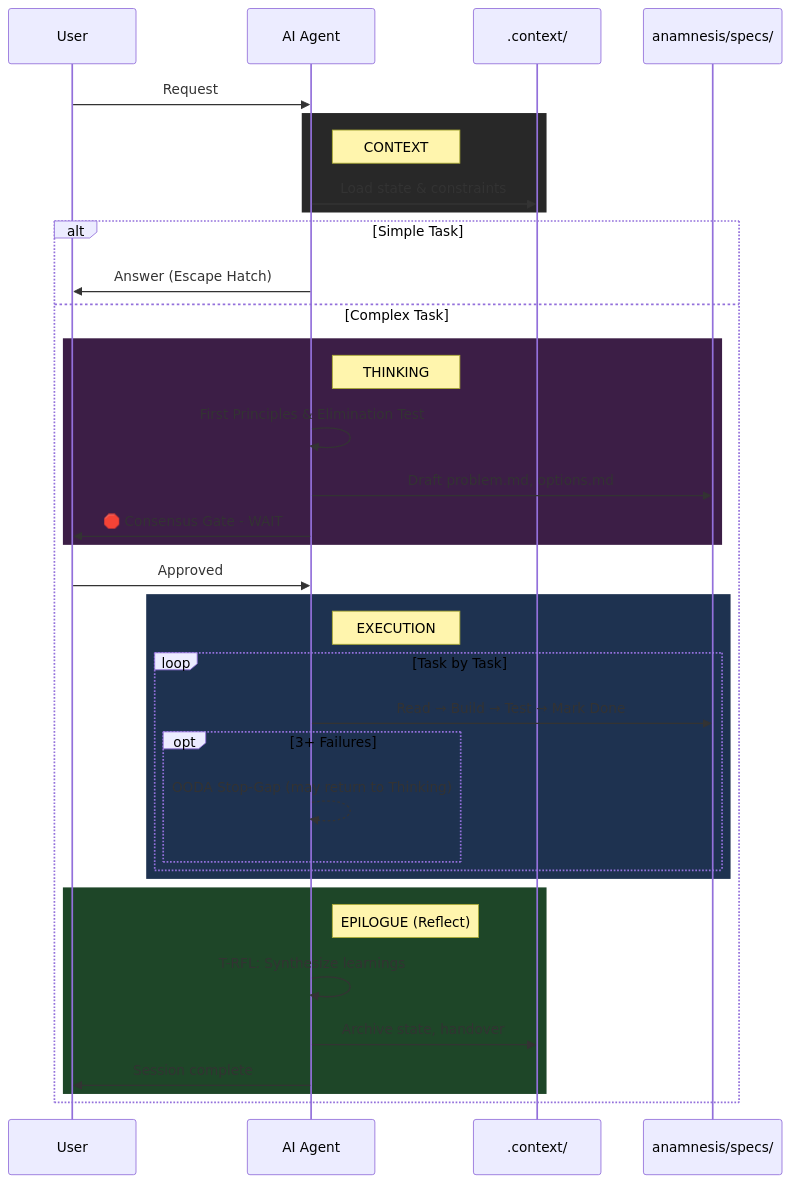
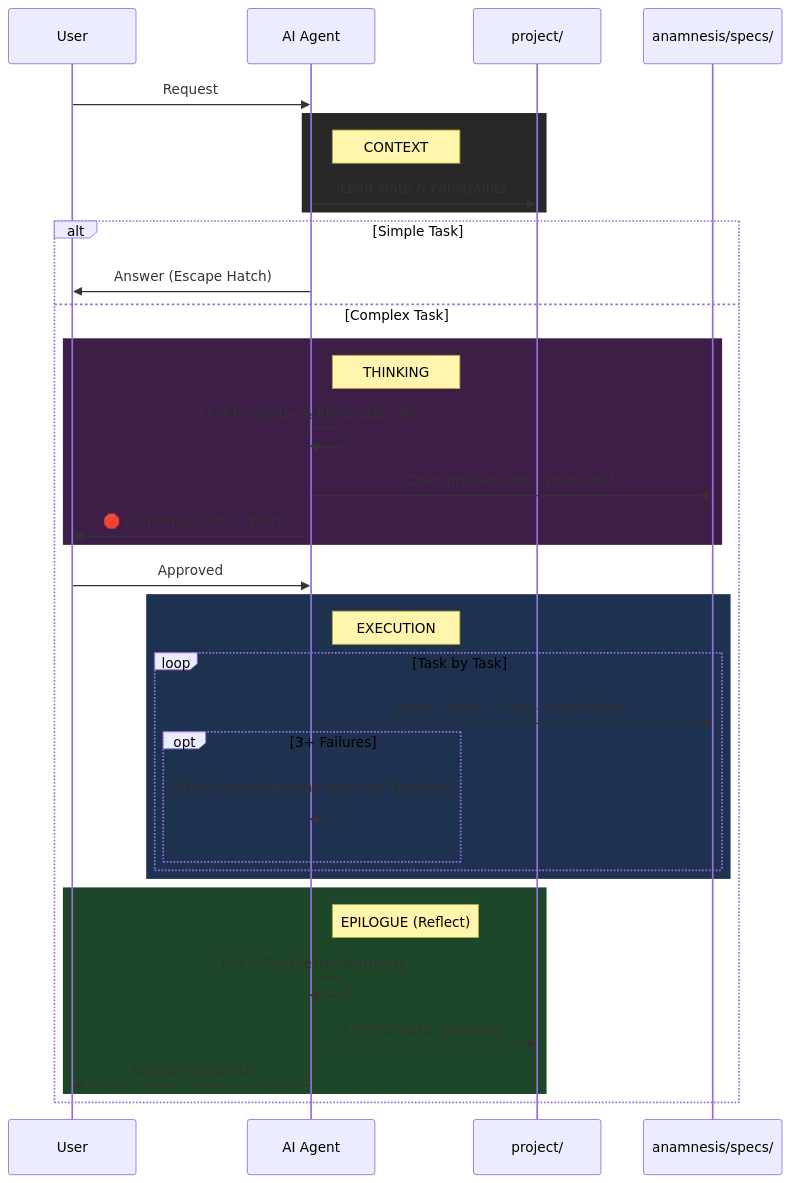
One commit to Skeptomenos/Keystone changed the first of 5 diagrams in README.md. Above: the diagram before and after it, drawn with Mermaid. The commit also changed other lines of this file and 1 other file, not shown here.

````diff
--- a/README.md
+++ b/README.md
@@ -60,44 +38,44 @@
 ```mermaid
 sequenceDiagram
     participant User
     participant AI as AI Agent
-    participant Context as .context/
+    participant Context as project/
     participant Specs as anamnesis/specs/
 
     User->>AI: Request
 
     rect rgb(40, 40, 40)
     Note right of AI: CONTEXT
     AI->>Context: Load state & constraints
     end
 
     alt Simple Task
         AI->>User: Answer (Escape Hatch)
     else Complex Task
         rect rgb(60, 30, 70)
         Note right of AI: THINKING
         AI->>AI: First Principles & Elimination Test
         AI->>Specs: Draft problem.md, options.md
         AI->>User: 🛑 Consensus Gate - WAIT
         end
         
         User->>AI: Approved
 
         rect rgb(30, 50, 80)
         Note right of AI: EXECUTION
         loop Task by Task
             AI->>Specs: Read → Build → Test → Mark Done
             opt 3+ Failures
                 AI-->>AI: OODA Stop-Gap (may return to Thinking)
             end
         end
         end
 
         rect rgb(30, 70, 40)
         Note right of AI: EPILOGUE (Reflect)
         AI->>AI: T-RFL: Synthesize learnings
         AI->>Context: Archive state, handover
         AI->>User: Session complete
         end
     end
 ```
````
